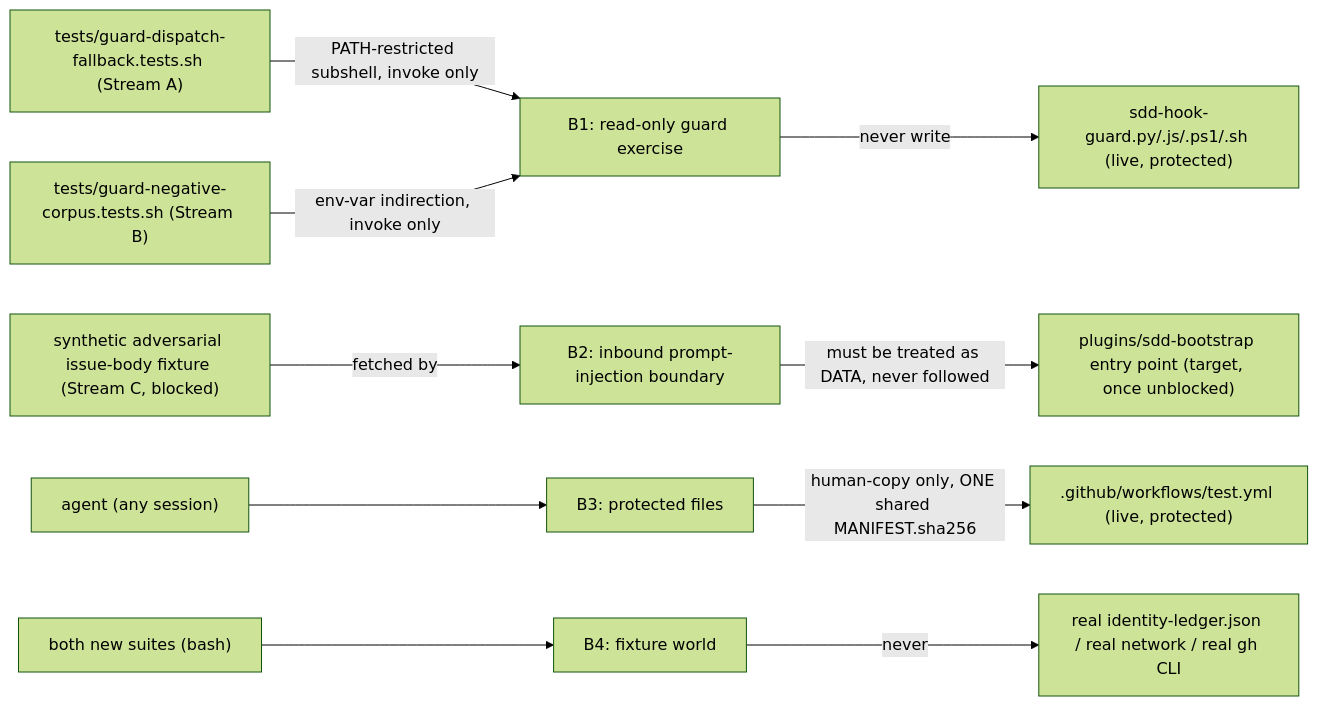
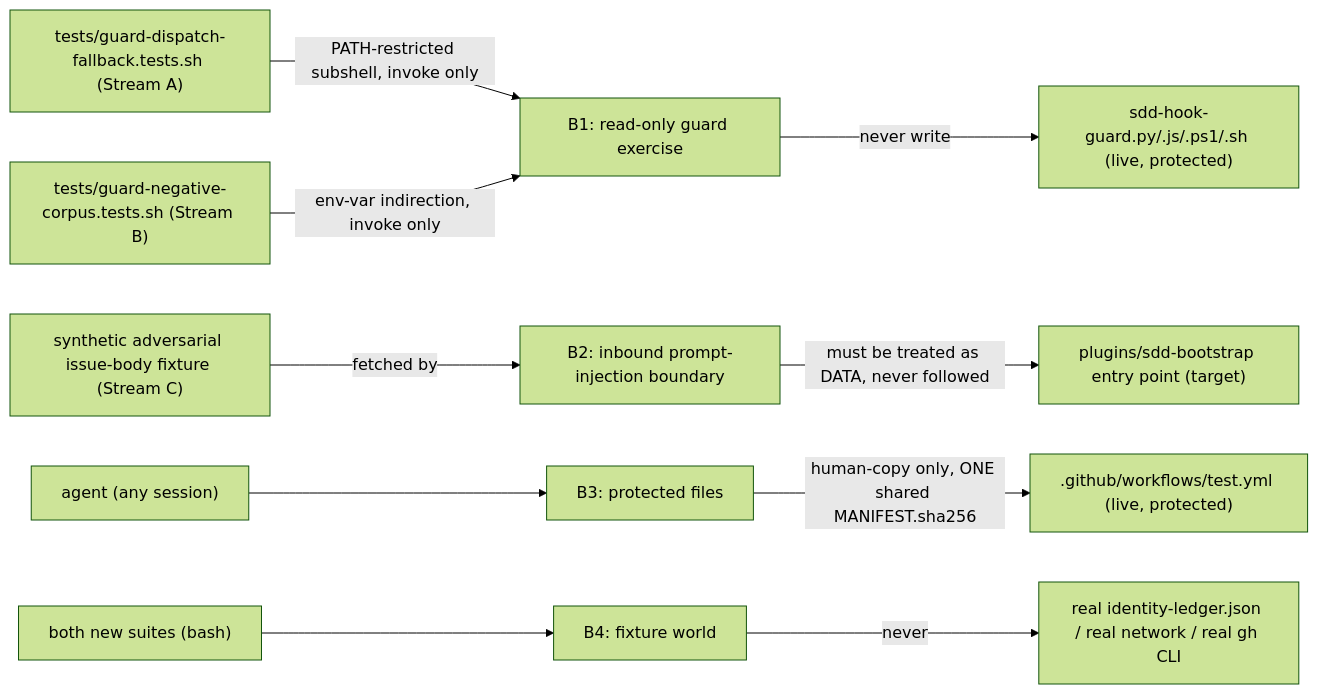
One commit to aharada54914/sdd-forge changed the diagram in specs/epic-136-phase3/security-spec.md. Above: the diagram before and after it, drawn with Mermaid (forest theme). The commit also changed other lines of this file and 3 other files, not shown here.

````diff
--- a/specs/epic-136-phase3/security-spec.md
+++ b/specs/epic-136-phase3/security-spec.md
@@ -19,16 +29,16 @@
 ```mermaid
 flowchart LR
   GDF["tests/guard-dispatch-fallback.tests.sh (Stream A)"] -->|PATH-restricted subshell, invoke only| B1["B1: read-only guard exercise"]
   B1 -->|never write| GUARDS["sdd-hook-guard.py/.js/.ps1/.sh (live, protected)"]
 
   GNC["tests/guard-negative-corpus.tests.sh (Stream B)"] -->|env-var indirection, invoke only| B1
 
-  FIXTURE["synthetic adversarial issue-body fixture (Stream C, blocked)"] -->|fetched by| B2["B2: inbound prompt-injection boundary"]
-  B2 -->|must be treated as DATA, never followed| BOOTSTRAP["plugins/sdd-bootstrap entry point (target, once unblocked)"]
+  FIXTURE["synthetic adversarial issue-body fixture (Stream C)"] -->|fetched by| B2["B2: inbound prompt-injection boundary"]
+  B2 -->|must be treated as DATA, never followed| BOOTSTRAP["plugins/sdd-bootstrap entry point (target)"]
 
   AGENT["agent (any session)"] --> B3["B3: protected files"]
   B3 -->|human-copy only, ONE shared MANIFEST.sha256| TESTYMLLIVE[".github/workflows/test.yml (live, protected)"]
 
   TESTSUITE["both new suites (bash)"] --> B4["B4: fixture world"]
   B4 -->|never| REALSTATE["real identity-ledger.json / real network / real gh CLI"]
 ```
````
